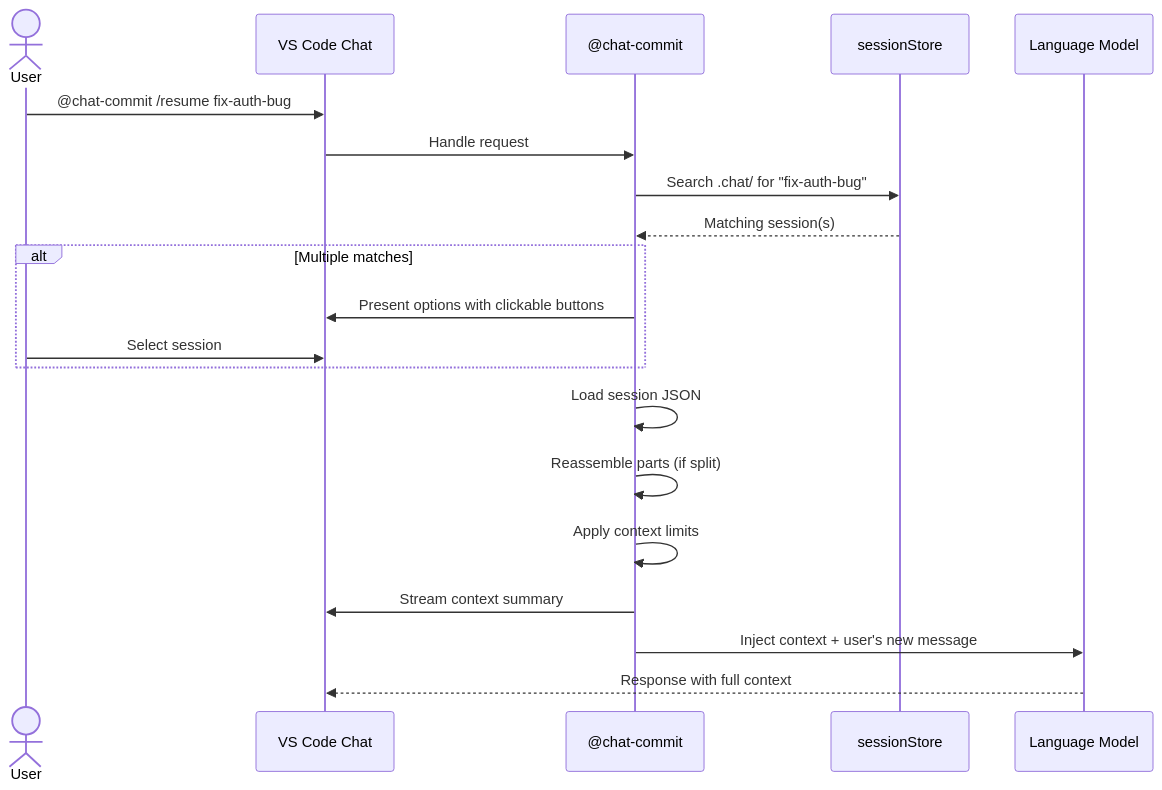
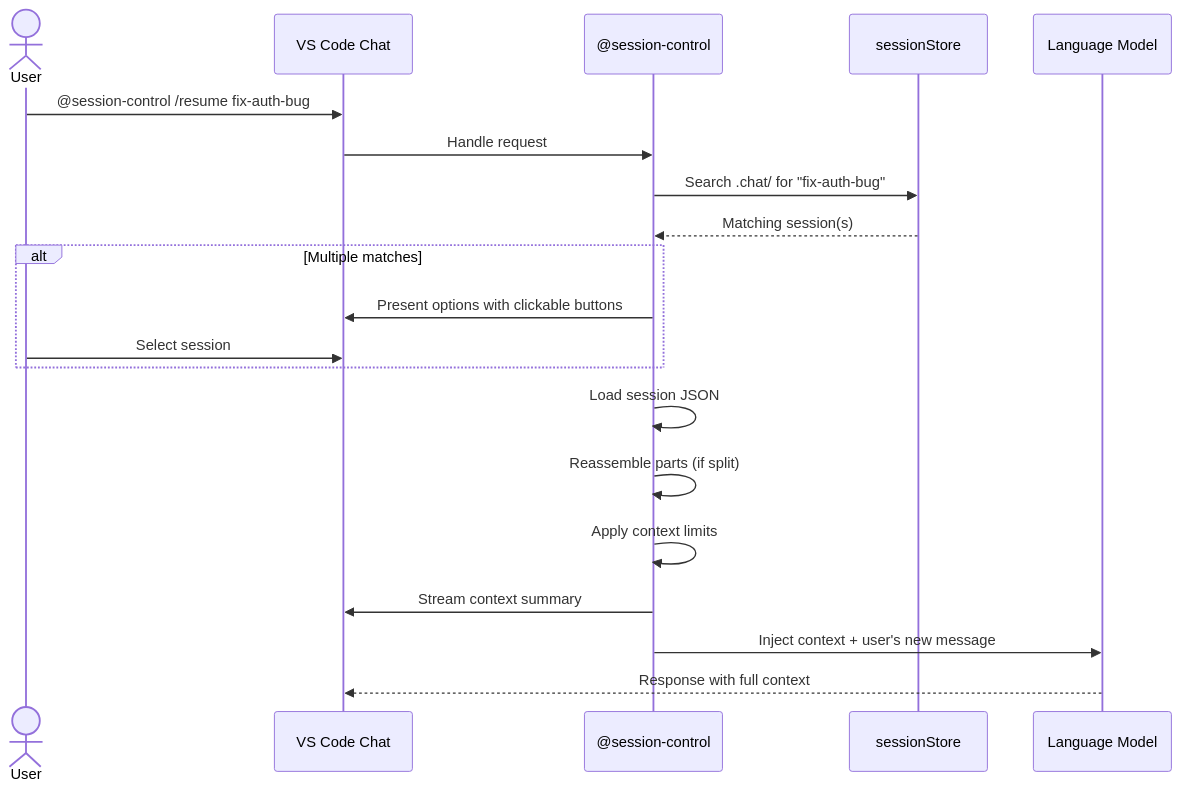
One commit to Tempuskg/session-control changed the diagram in wiki/resume-system.md. Above: the diagram before and after it, drawn with Mermaid. The commit also changed other lines of this file and 33 other files, not shown here.

First line of the commit message:
refactor!: rekey extension namespace to session-control

````diff
--- a/wiki/resume-system.md
+++ b/wiki/resume-system.md
@@ -35,23 +35,23 @@
 ```mermaid
 sequenceDiagram
     actor User
     participant Chat as VS Code Chat
-    participant CP as @chat-commit
+    participant CP as @session-control
     participant Store as sessionStore
     participant LLM as Language Model
 
-    User->>Chat: @chat-commit /resume fix-auth-bug
+    User->>Chat: @session-control /resume fix-auth-bug
     Chat->>CP: Handle request
     CP->>Store: Search .chat/ for "fix-auth-bug"
     Store-->>CP: Matching session(s)
     alt Multiple matches
         CP->>Chat: Present options with clickable buttons
         User->>Chat: Select session
     end
     CP->>CP: Load session JSON
     CP->>CP: Reassemble parts (if split)
     CP->>CP: Apply context limits
     CP->>Chat: Stream context summary
     CP->>LLM: Inject context + user's new message
     LLM-->>Chat: Response with full context
 ```
````
